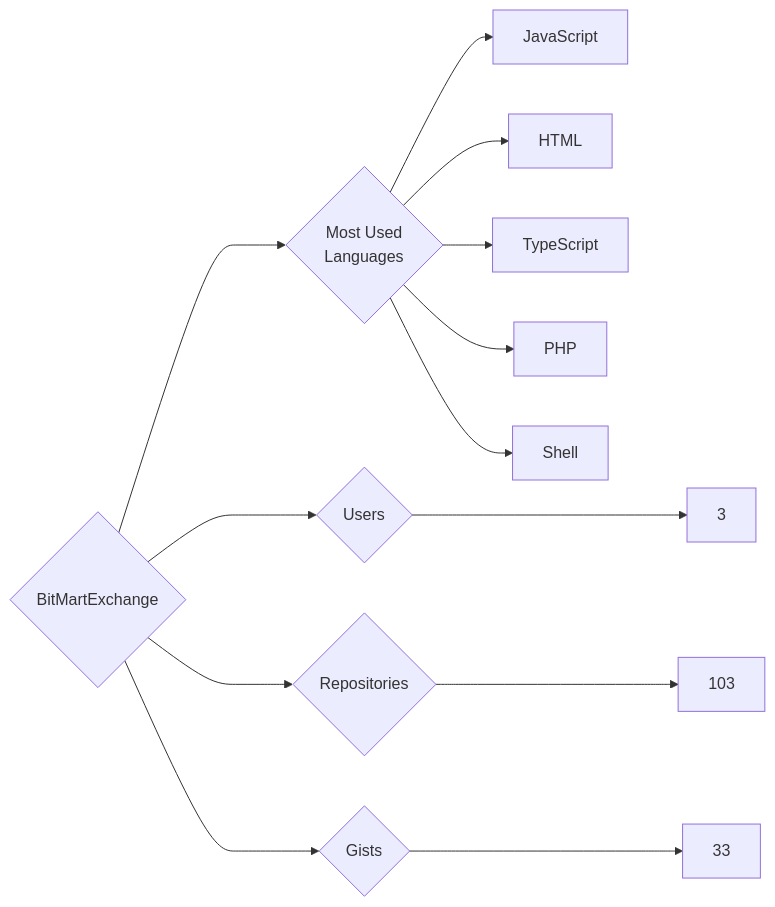
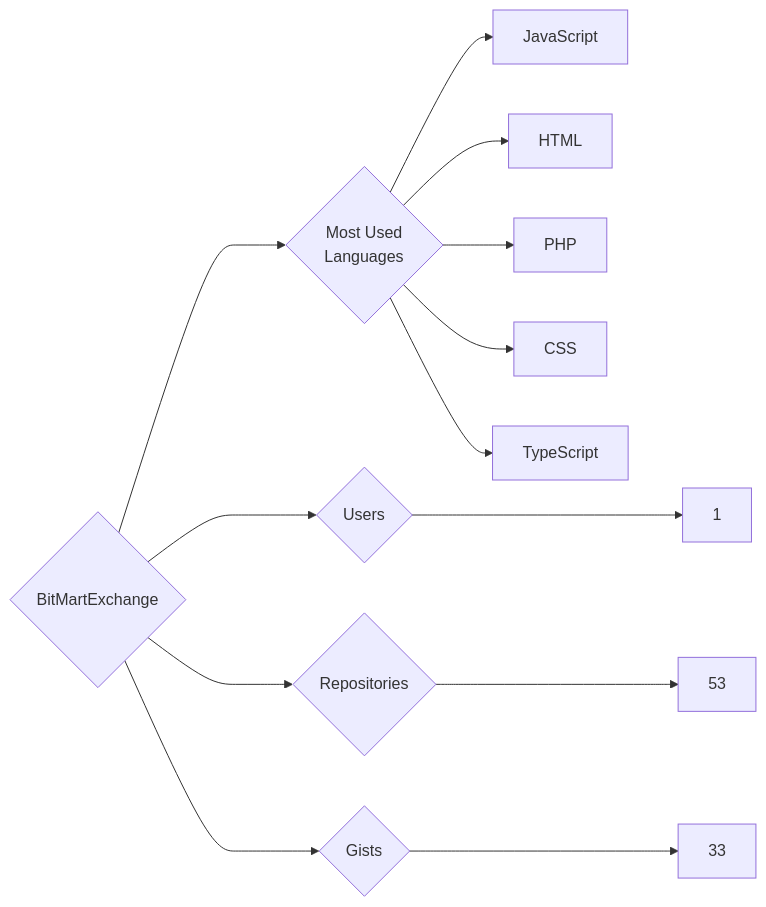
Before and after one commit to trickest/insiders: the diagram in targets/BitMartExchange/README.md, drawn with Mermaid. The commit also changed 1166 other files, not shown here.

````diff
--- a/targets/BitMartExchange/README.md
+++ b/targets/BitMartExchange/README.md
@@ -3,13 +3,13 @@
 ```mermaid
 graph LR
 COMPANY_NAME{BitMartExchange}
-COMPANY_NAME ---> U{Users} ---> UN[3]
-COMPANY_NAME ---> R{Repositories} ---> RN[103]
+COMPANY_NAME ---> U{Users} ---> UN[1]
+COMPANY_NAME ---> R{Repositories} ---> RN[53]
 COMPANY_NAME ---> G{Gists} ---> GN[33]
 COMPANY_NAME ---> ML{Most Used<br>Languages}
 ML --> JavaScript[JavaScript]
 ML --> HTML[HTML]
+ML --> PHP[PHP]
+ML --> CSS[CSS]
 ML --> TypeScript[TypeScript]
-ML --> PHP[PHP]
-ML --> Shell[Shell]
 ```
````
